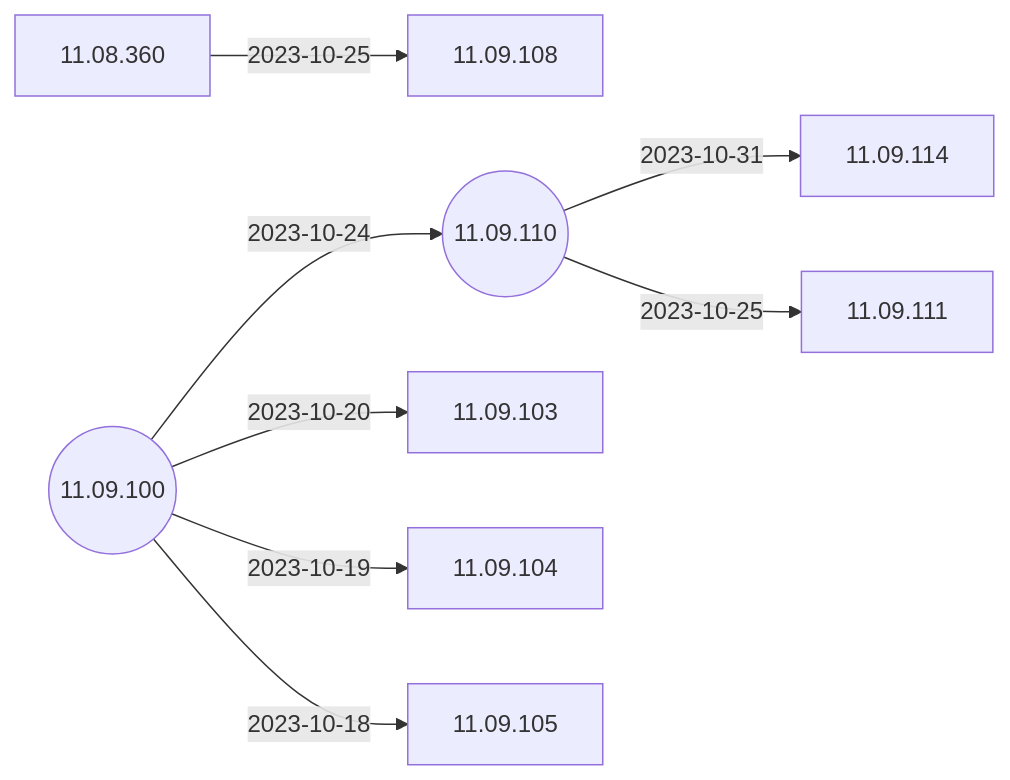
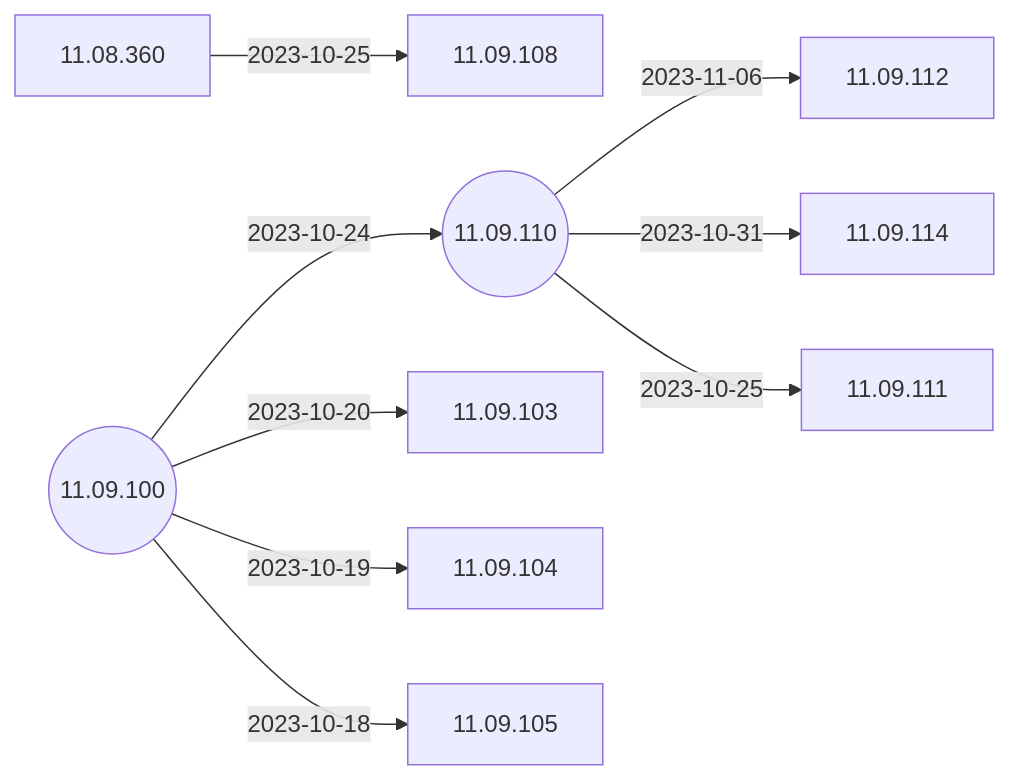
The second of 5 diagrams in docs/Docs/ReleaseNotes/01-OS11/README.md (IGEL-Community/IGEL-Docs-v02), drawn with Mermaid before and after one commit. The commit also changed 2 other files, not shown here.

Commit message:
11.09.112 < 11.09.110

````diff
--- a/docs/Docs/ReleaseNotes/01-OS11/README.md
+++ b/docs/Docs/ReleaseNotes/01-OS11/README.md
@@ -41,19 +41,21 @@
 ```mermaid
 flowchart LR
+    11.09.110-- 2023-11-06 -->11.09.112
     11.09.110-- 2023-10-31 -->11.09.114
     11.08.360-- 2023-10-25 -->11.09.108
     11.09.110-- 2023-10-25 -->11.09.111
     11.09.100-- 2023-10-24 -->11.09.110((11.09.110))
     11.09.100-- 2023-10-20 -->11.09.103
     11.09.100-- 2023-10-19 -->11.09.104
     11.09.100-- 2023-10-18 -->11.09.105
     11.09.100((11.09.100))
+    click 11.09.112 "https://github.com/IGEL-Community/IGEL-Docs-v02/tree/main/docs/Docs/ReleaseNotes/01-OS11/readme11.09.112.txt" _blank
     click 11.09.114 "https://github.com/IGEL-Community/IGEL-Docs-v02/tree/main/docs/Docs/ReleaseNotes/01-OS11/readme11.09.114.txt" _blank
     click 11.09.108 "https://github.com/IGEL-Community/IGEL-Docs-v02/tree/main/docs/Docs/ReleaseNotes/01-OS11/readme11.09.108.txt" _blank
     click 11.09.111 "https://github.com/IGEL-Community/IGEL-Docs-v02/tree/main/docs/Docs/ReleaseNotes/01-OS11/readme11.09.111.txt" _blank
     click 11.09.110 "https://github.com/IGEL-Community/IGEL-Docs-v02/tree/main/docs/Docs/ReleaseNotes/01-OS11/readme11.09.110.txt" _blank
     click 11.09.103 "https://github.com/IGEL-Community/IGEL-Docs-v02/tree/main/docs/Docs/ReleaseNotes/01-OS11/readme11.09.103.txt" _blank
     click 11.09.104 "https://github.com/IGEL-Community/IGEL-Docs-v02/tree/main/docs/Docs/ReleaseNotes/01-OS11/readme11.09.104.txt" _blank
     click 11.09.105 "https://github.com/IGEL-Community/IGEL-Docs-v02/tree/main/docs/Docs/ReleaseNotes/01-OS11/readme11.09.105.txt" _blank
     click 11.09.100 "https://github.com/IGEL-Community/IGEL-Docs-v02/tree/main/docs/Docs/ReleaseNotes/01-OS11/readme11.09.100.txt" _blank
 ```
````
